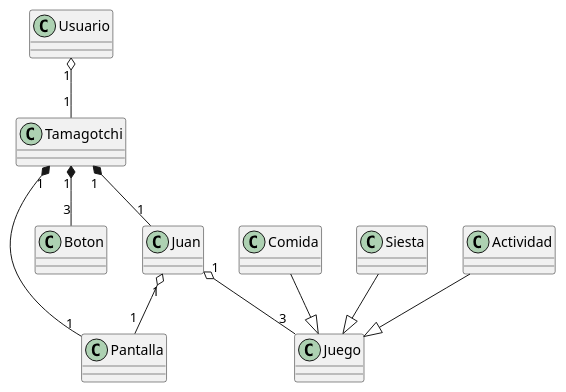
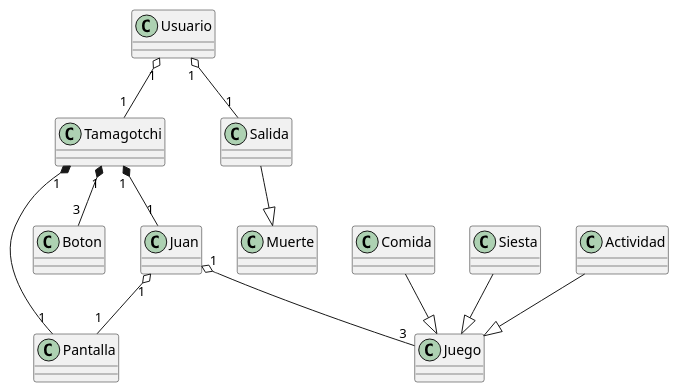
Before and after one commit to CGZarate2/SOLITAIRE: the diagram in Tamagotchi/docs/diagrama.puml, drawn with PlantUML.

```diff
--- a/Tamagotchi/docs/diagrama.puml
+++ b/Tamagotchi/docs/diagrama.puml
@@ -1,27 +1,29 @@
 @startuml Diagrama
 
     Class Usuario
     Class Tamagotchi
     Class Pantalla
     Class Boton
     Class Juan
     Class Juego
     Class Comida
     Class Siesta
     Class Actividad
+    Class Salida
+    Class Muerte
     
     Usuario "1" o-- "1" Tamagotchi
+    Usuario "1" o-- "1" Salida
     Tamagotchi "1" *-- "1" Pantalla
     Tamagotchi "1" *-- "3" Boton
     Tamagotchi "1" *-- "1" Juan
 
     Juan "1" o-- "1" Pantalla
     Juan "1" o-- "3" Juego
 
     Comida --|> Juego
     Siesta --|> Juego
     Actividad --|> Juego
-
-
+    Salida --|> Muerte
 
 @enduml
```
